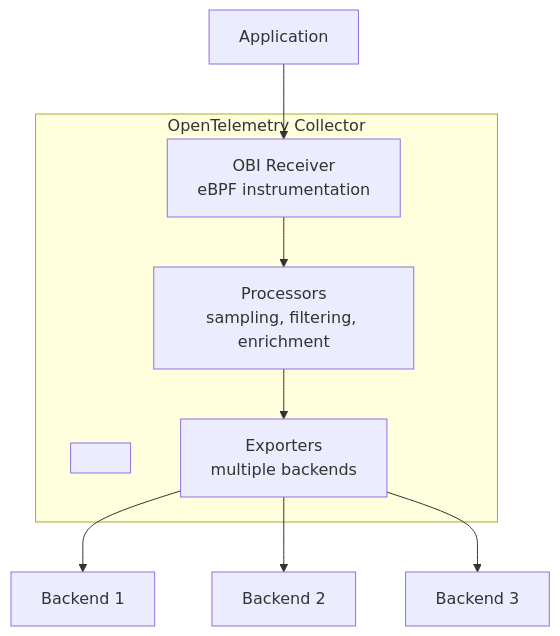
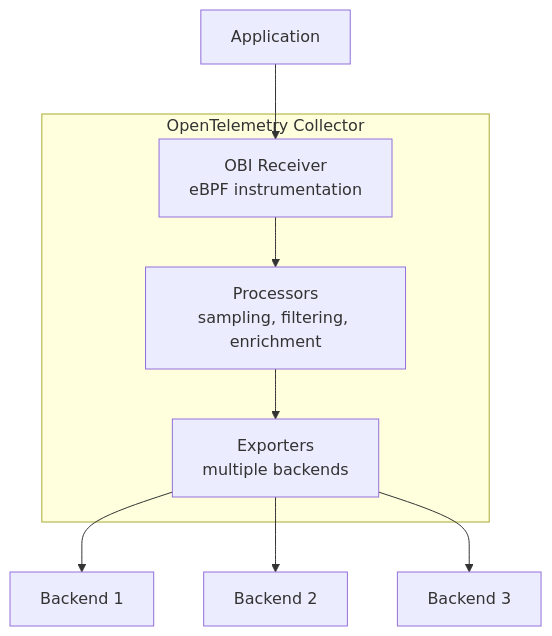
The second of 2 diagrams in content/en/docs/zero-code/obi/configure/collector-receiver.md (open-telemetry/opentelemetry.io), drawn with Mermaid before and after one commit.

Commit message:
Apply suggestion from @MrAlias

````diff
--- a/content/en/docs/zero-code/obi/configure/collector-receiver.md
+++ b/content/en/docs/zero-code/obi/configure/collector-receiver.md
@@ -70,22 +70,21 @@
 ```mermaid
 graph TD
     App[Application]
 
     subgraph Collector[OpenTelemetry Collector]
-        space[ ]
         OBI[OBI Receiver<br/>eBPF instrumentation]
         Processors[Processors<br/>sampling, filtering, enrichment]
         Exporters[Exporters<br/>multiple backends]
     end
 
     Backend1[Backend 1]
     Backend2[Backend 2]
     Backend3[Backend 3]
 
     App --> OBI
     OBI --> Processors
     Processors --> Exporters
     Exporters --> Backend1
     Exporters --> Backend2
     Exporters --> Backend3
 ```
````
